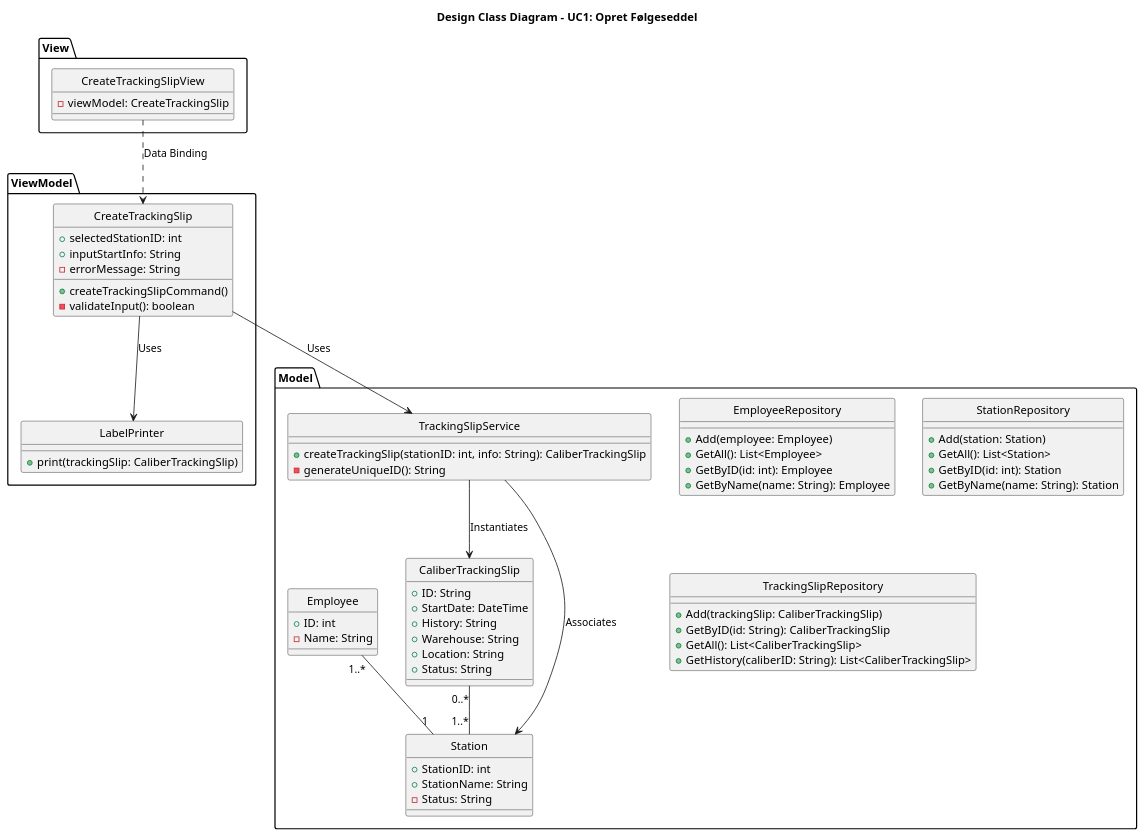
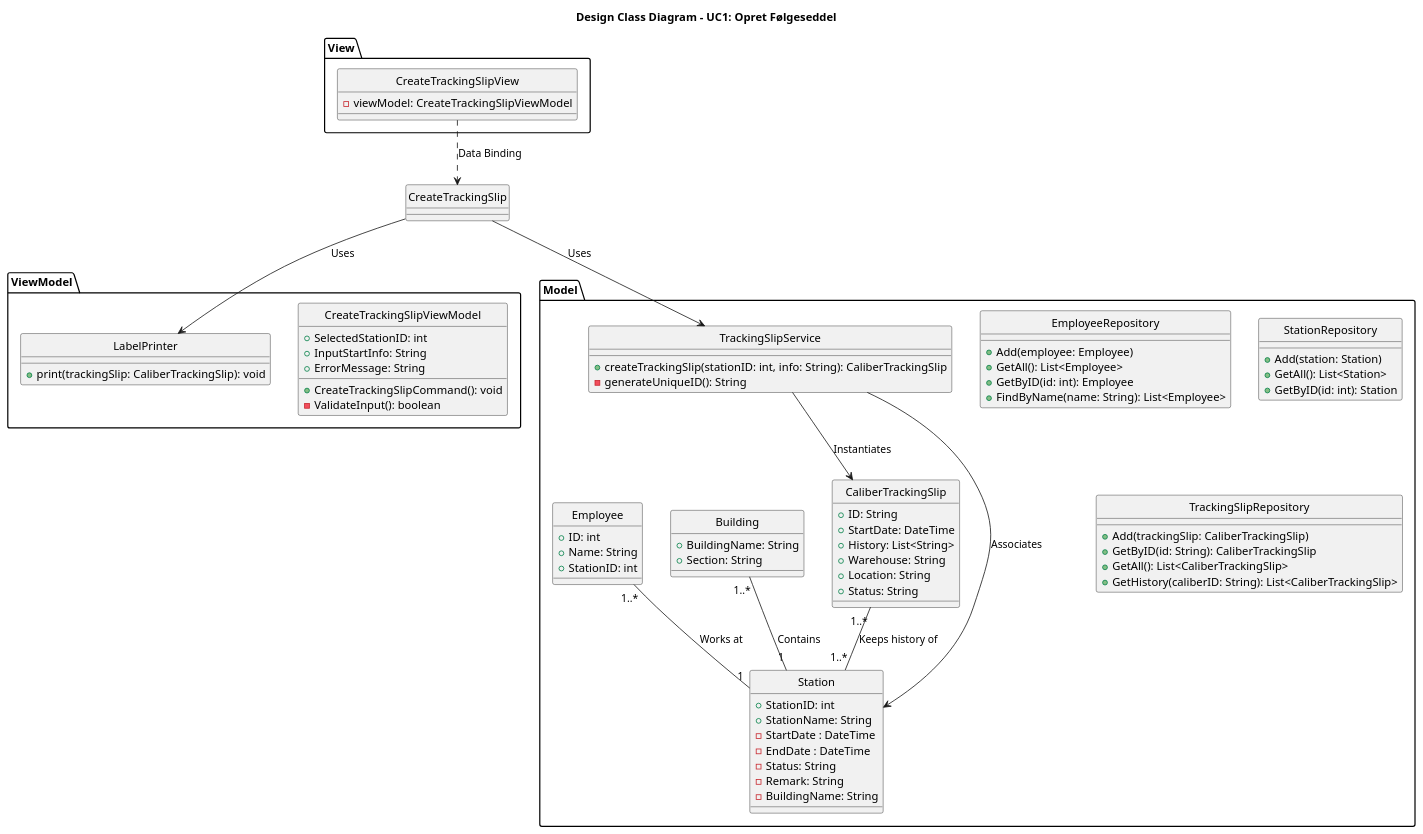
The diagram in uml_artifacts/dcd.puml (marsbo04/budweg), drawn with PlantUML before and after one commit.

Commit message:
Update DCD to be closer to domain model

```diff
--- a/uml_artifacts/dcd.puml
+++ b/uml_artifacts/dcd.puml
@@ -2,78 +1,94 @@
 @startuml UC1DCD
 title Design Class Diagram - UC1: Opret Følgeseddel
+
 hide circle
+
 package "View" {
     class CreateTrackingSlipView {
-        -viewModel: CreateTrackingSlip
+        -viewModel: CreateTrackingSlipViewModel
     }
 }
 
 package "ViewModel" {
-    class CreateTrackingSlip {
-        +selectedStationID: int
-        +inputStartInfo: String
-        -errorMessage: String
-        +createTrackingSlipCommand()
-        -validateInput(): boolean
+    class CreateTrackingSlipViewModel {
+        +SelectedStationID: int
+        +InputStartInfo: String
+        +ErrorMessage: String
+        +CreateTrackingSlipCommand(): void
+        -ValidateInput(): boolean
     }
     
     class LabelPrinter {
-        +print(trackingSlip: CaliberTrackingSlip)
+        +print(trackingSlip: CaliberTrackingSlip): void
     }
 }
 
 package "Model" {
     class TrackingSlipService {
         +createTrackingSlip(stationID: int, info: String): CaliberTrackingSlip
         -generateUniqueID(): String
     }
 
     class CaliberTrackingSlip {
         +ID: String
         +StartDate: DateTime
-        +History: String
+        +History: List<String>
         +Warehouse: String
         +Location: String
         +Status: String
     }
 
     class Station {
         +StationID: int
         +StationName: String
+        -StartDate : DateTime
+        -EndDate : DateTime
         -Status: String
+        -Remark: String
+        -BuildingName: String
+    }
+    
+    class Building {
+        +BuildingName: String
+        +Section: String
     }
 
     class Employee {
         +ID: int
-        -Name: String
+        +Name: String
+        +StationID: int
     }
 
     class EmployeeRepository {
         +Add(employee: Employee)
         +GetAll(): List<Employee>
         +GetByID(id: int): Employee
-        +GetByName(name: String): Employee
+        +FindByName(name: String): List<Employee>
     }
+
     class StationRepository {
         +Add(station: Station)
         +GetAll(): List<Station>
         +GetByID(id: int): Station
-        +GetByName(name: String): Station
     }
+    
     class TrackingSlipRepository {
         +Add(trackingSlip: CaliberTrackingSlip)
         +GetByID(id: String): CaliberTrackingSlip
         +GetAll(): List<CaliberTrackingSlip>
         +GetHistory(caliberID: String): List<CaliberTrackingSlip>
     }
 }
 
 CreateTrackingSlipView ..> CreateTrackingSlip : Data Binding
 CreateTrackingSlip --> TrackingSlipService : Uses
 TrackingSlipService --> CaliberTrackingSlip : Instantiates
 TrackingSlipService --> Station : Associates
-CaliberTrackingSlip "0..*" -- "1..*" Station
-Employee "1..*" -- "1" Station
 CreateTrackingSlip --> LabelPrinter : Uses
 
+' Model layer only associations
+Building "1..*" -- "1" Station : Contains
+Employee "1..*" -- "1" Station : Works at
+CaliberTrackingSlip "1..*" -- "1..*" Station : Keeps history of
+
 @enduml
```
